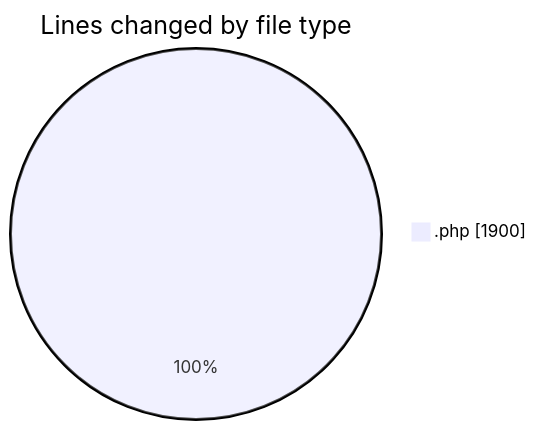
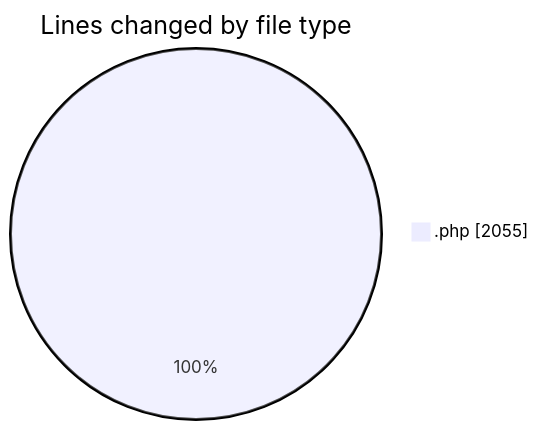
The first of 2 diagrams in 2025-08-21/enfold-child/README.md (debugP/code-tracking), drawn with Mermaid before and after one commit. The commit also changed other lines of this file and 1 other file, not shown here.

````diff
--- a/2025-08-21/enfold-child/README.md
+++ b/2025-08-21/enfold-child/README.md
@@ -21,5 +22,5 @@
 ```mermaid
 pie showData
 title Lines changed by file type
-".php" : 1900
+".php" : 2055
 ```
````
